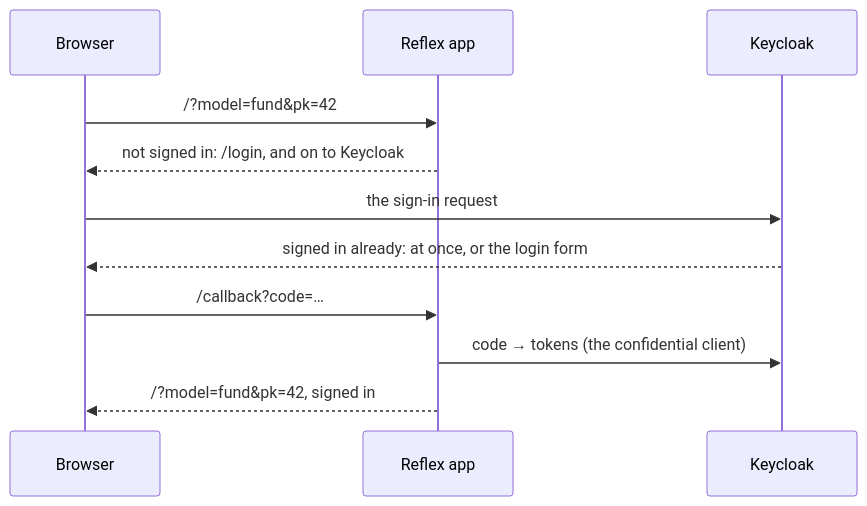
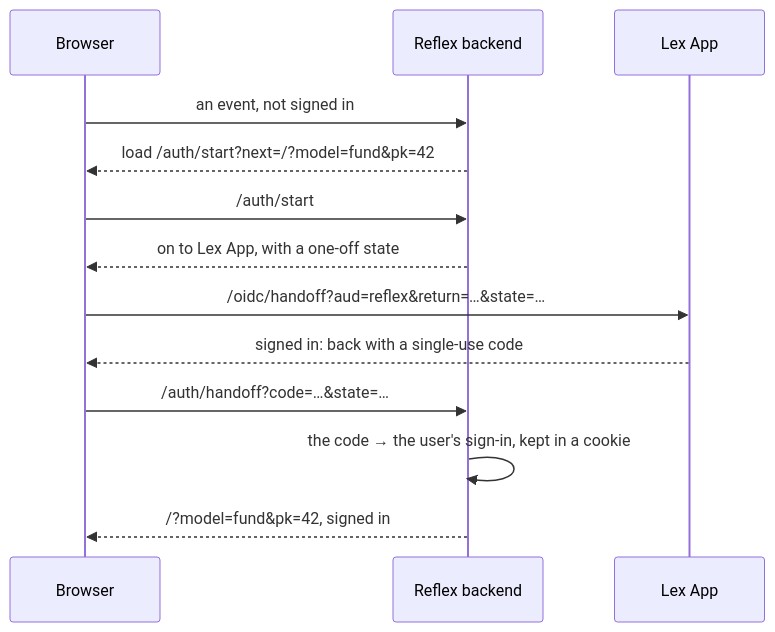
One commit to ExcellenceCloudGmbH/lex-app-docs changed the diagram in content/access-and-dashboards/reflex/sessions and authentication.md. Above: the diagram before and after it, drawn with Mermaid. The commit also changed other lines of this file and 13 other files, not shown here.

First line of the commit message:
docs(reflex): dashboards sign in through lex-app, no Reflex Enterprise

````diff
--- a/content/access-and-dashboards/reflex/sessions and authentication.md
+++ b/content/access-and-dashboards/reflex/sessions and authentication.md
@@ -11,13 +11,15 @@
 ```mermaid
 sequenceDiagram
     participant B as Browser
-    participant R as Reflex app
-    participant K as Keycloak
-    B->>R: /?model=fund&pk=42
-    R-->>B: not signed in: /login, and on to Keycloak
-    B->>K: the sign-in request
-    K-->>B: signed in already: at once, or the login form
-    B->>R: /callback?code=…
-    R->>K: code → tokens (the confidential client)
+    participant R as Reflex backend
+    participant A as Lex App
+    B->>R: an event, not signed in
+    R-->>B: load /auth/start?next=/?model=fund&pk=42
+    B->>R: /auth/start
+    R-->>B: on to Lex App, with a one-off state
+    B->>A: /oidc/handoff?aud=reflex&return=…&state=…
+    A-->>B: signed in: back with a single-use code
+    B->>R: /auth/handoff?code=…&state=…
+    R->>R: the code → the user's sign-in, kept in a cookie
     R-->>B: /?model=fund&pk=42, signed in
 ```
````
